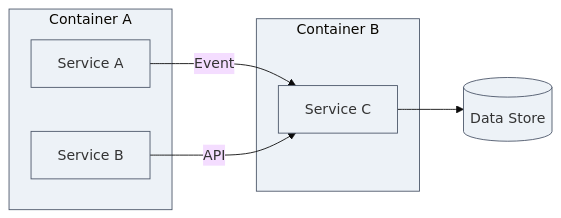
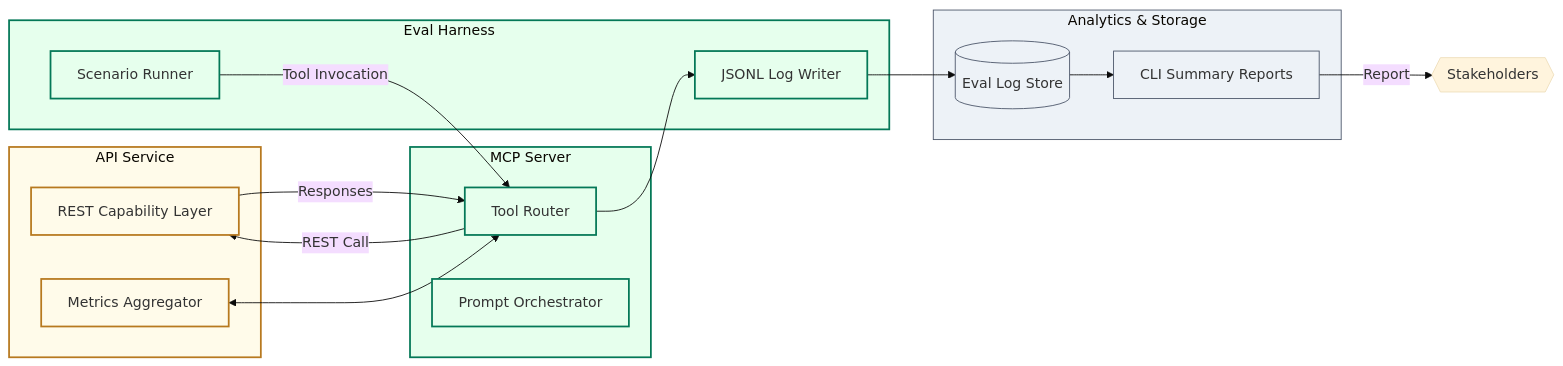
Before and after one commit to rkwai/mcp-eval: the diagram in scaffolding/agent-artifacts/product/prd-data-flow.md, drawn with Mermaid (base theme). The commit also changed other lines of this file and 20 other files, not shown here.

Commit message:
let the agents run to flesh out agent-artifacts and the mcp-server and api-service

````diff
--- a/scaffolding/agent-artifacts/product/prd-data-flow.md
+++ b/scaffolding/agent-artifacts/product/prd-data-flow.md
@@ -14,28 +14,49 @@
 ```mermaid
 flowchart LR
     classDef ok fill:#e6ffed,stroke:#047857,stroke-width:2px;
     classDef caution fill:#fffbea,stroke:#b7791f,stroke-width:2px;
     classDef risky fill:#fee2e2,stroke:#c53030,stroke-width:2px;
     classDef neutral fill:#edf2f7,stroke:#4a5568,stroke-width:1px;
 
-    %% Update the containers/services and apply classes to show change risk.
-    %% Example: class ServiceNew ok;  linkStyle 0 stroke:#047857,stroke-width:2px;
+    subgraph Container_API_Service[API Service]
+        APIAuth[REST Capability Layer]
+        MetricsAPI[Metrics Aggregator]
+    end
 
-    subgraph Container_A[Container A]
-        ServiceA[Service A]
-        ServiceB[Service B]
+    subgraph Container_MCP[MCP Server]
+        ToolRouter[Tool Router]
+        PromptOrchestrator[Prompt Orchestrator]
     end
-    subgraph Container_B[Container B]
-        ServiceC[Service C]
+
+    subgraph Container_Evals[Eval Harness]
+        ScenarioRunner[Scenario Runner]
+        LogWriter[JSONL Log Writer]
     end
-    ServiceA -->|Event| ServiceC
-    ServiceB -->|API| ServiceC
-    ServiceC --> DataStore[(Data Store)]
 
-    class Container_A neutral;
-    class Container_B neutral;
-    class ServiceA neutral;
-    class ServiceB neutral;
-    class ServiceC neutral;
-    class DataStore neutral;
+    subgraph Container_Analytics[Analytics & Storage]
+        LogStore[(Eval Log Store)]
+        ReportingCLI[CLI Summary Reports]
+    end
+
+    ScenarioRunner -->|Tool Invocation| ToolRouter
+    ToolRouter -->|REST Call| APIAuth
+    APIAuth -->|Responses| ToolRouter
+    ToolRouter --> LogWriter
+    LogWriter --> LogStore
+    ReportingCLI -->|Report| Stakeholders{{Stakeholders}}
+    LogStore --> ReportingCLI
+    MetricsAPI <--> ToolRouter
+
+    class Container_API_Service caution;
+    class Container_MCP ok;
+    class Container_Evals ok;
+    class Container_Analytics neutral;
+    class APIAuth caution;
+    class MetricsAPI caution;
+    class ToolRouter ok;
+    class PromptOrchestrator ok;
+    class ScenarioRunner ok;
+    class LogWriter ok;
+    class LogStore neutral;
+    class ReportingCLI neutral;
 ```
````
